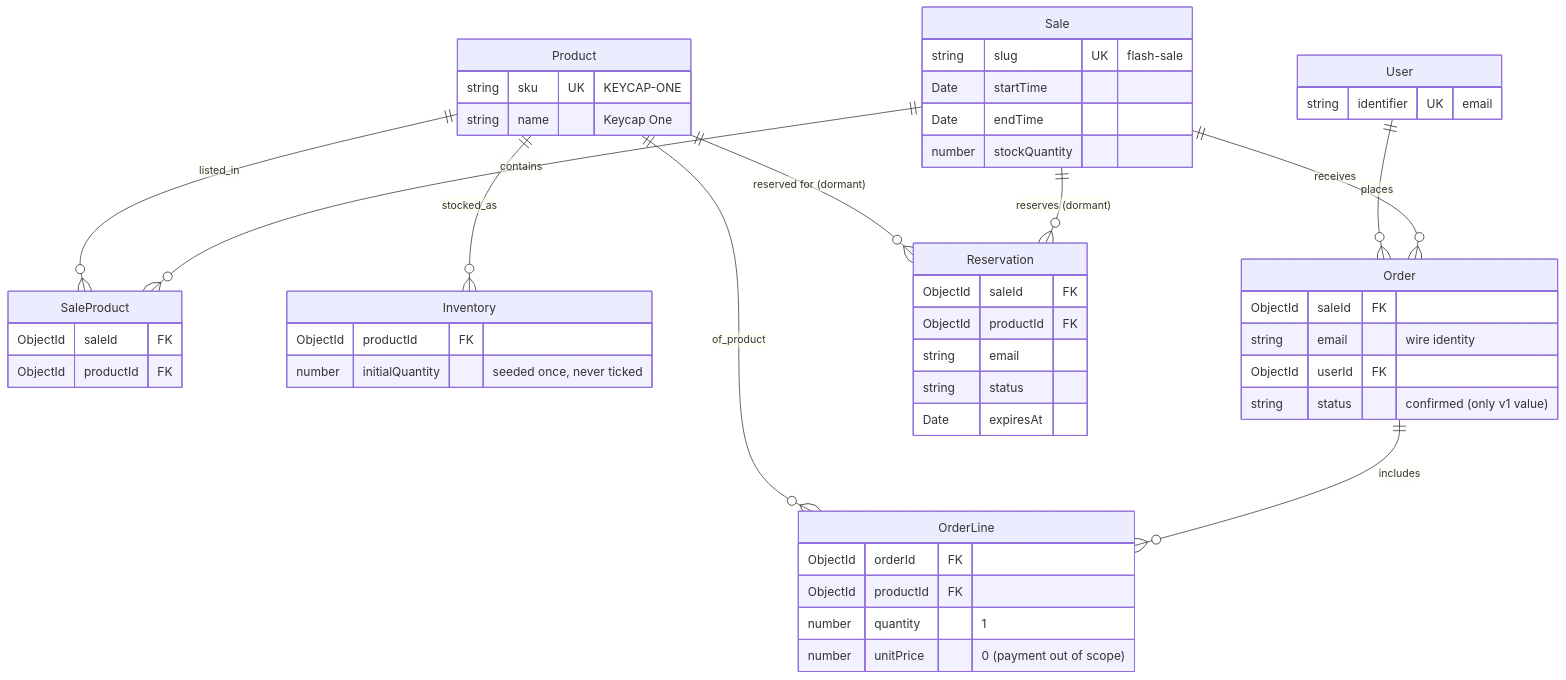
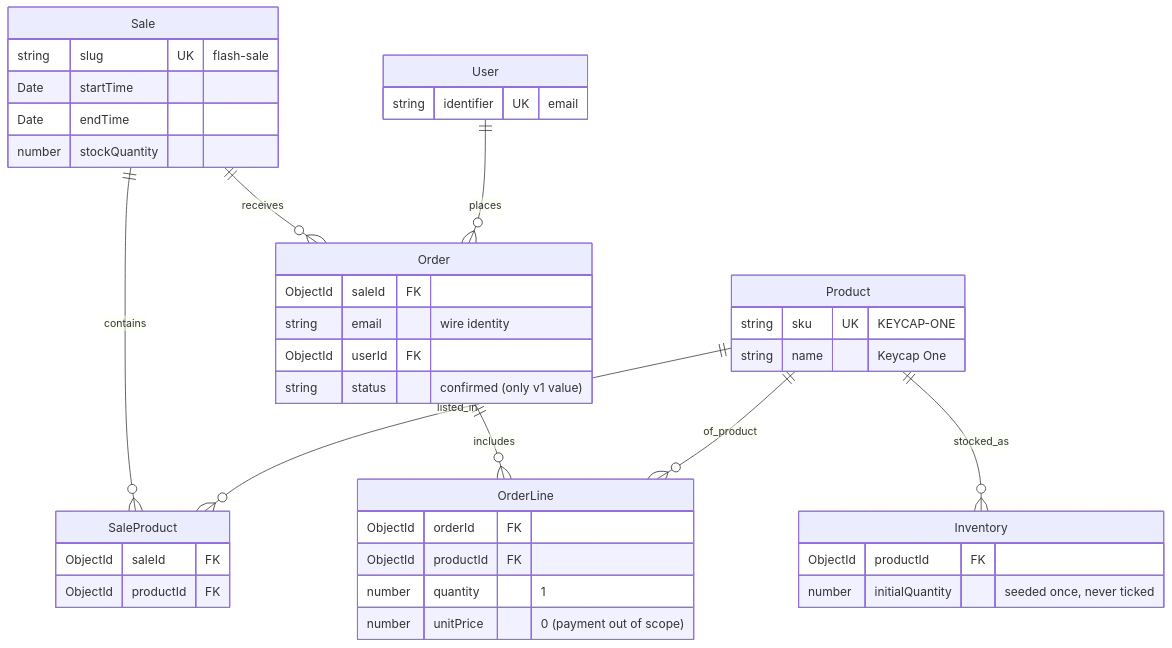
One commit to mjenh/flash-sale changed the second of 2 diagrams in docs/architecture.md. Above: the diagram before and after it, drawn with Mermaid. The commit also changed other lines of this file and 4 other files, not shown here.

Commit message:
remove dormant Reservation mongoose model

````diff
--- a/docs/architecture.md
+++ b/docs/architecture.md
@@ -355,53 +354,44 @@
 ```mermaid
 erDiagram
     Sale ||--o{ SaleProduct : contains
     Product ||--o{ SaleProduct : listed_in
     Product ||--o{ Inventory : stocked_as
     Sale ||--o{ Order : receives
     User ||--o{ Order : places
     Order ||--o{ OrderLine : includes
     Product ||--o{ OrderLine : of_product
-    Sale ||--o{ Reservation : "reserves (dormant)"
-    Product ||--o{ Reservation : "reserved for (dormant)"
 
     Sale {
         string slug UK "flash-sale"
         Date startTime
         Date endTime
         number stockQuantity
     }
     Product {
         string sku UK "KEYCAP-ONE"
         string name "Keycap One"
     }
     SaleProduct {
         ObjectId saleId FK
         ObjectId productId FK
     }
     Inventory {
         ObjectId productId FK
         number initialQuantity "seeded once, never ticked"
     }
     User {
         string identifier UK "email"
     }
     Order {
         ObjectId saleId FK
         string email "wire identity"
         ObjectId userId FK
         string status "confirmed (only v1 value)"
     }
     OrderLine {
         ObjectId orderId FK
         ObjectId productId FK
         number quantity "1"
         number unitPrice "0 (payment out of scope)"
     }
-    Reservation {
-        ObjectId saleId FK
-        ObjectId productId FK
-        string email
-        string status
-        Date expiresAt
-    }
 ```
````
